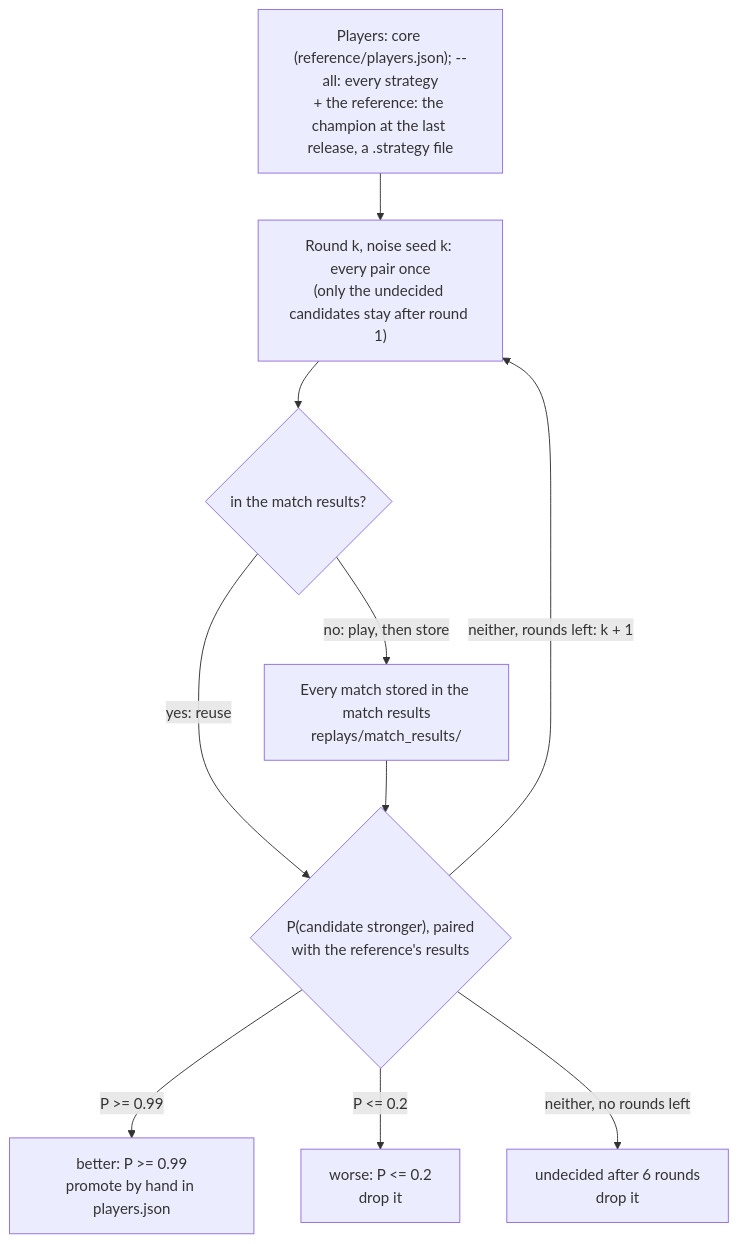
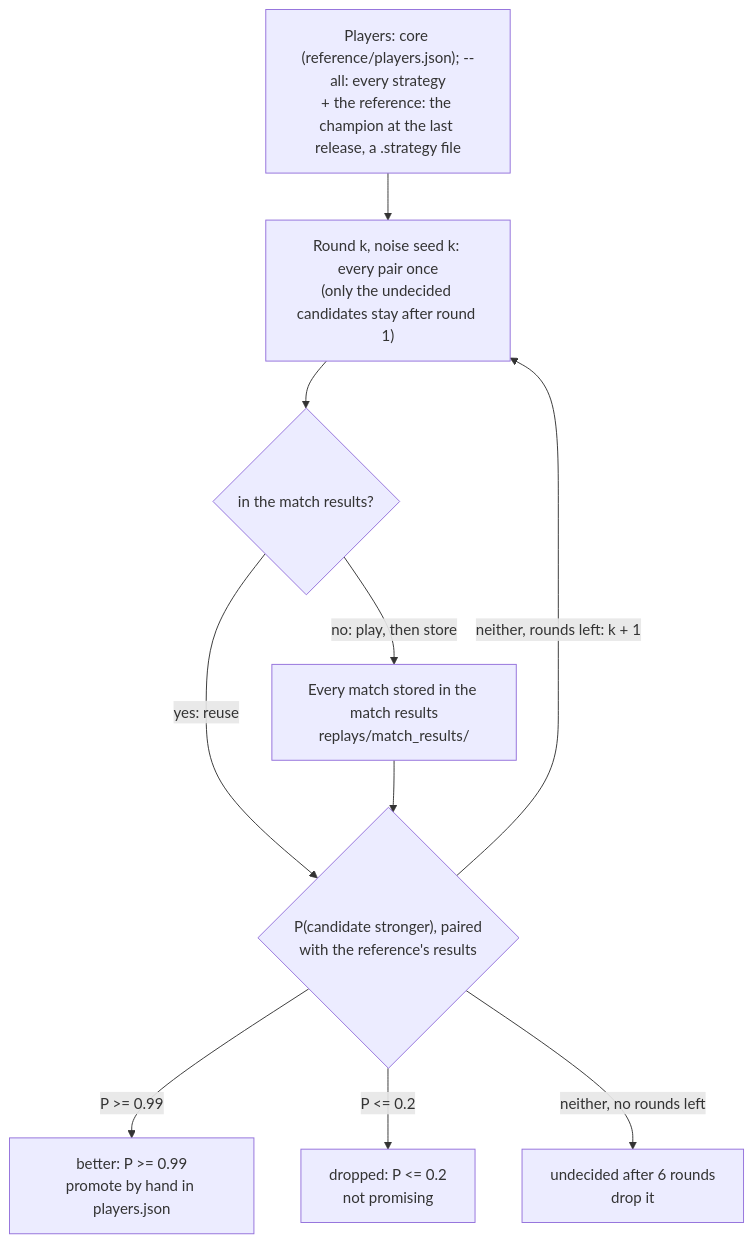
Before and after one commit to First-Order-RoboCup-SSL/Utama-Core: the fourth of 5 diagrams in docs/STRATEGY_DEVELOPMENT.md, drawn with Mermaid. The commit also changed other lines of this file and 9 other files, not shown here.

````diff
--- a/docs/STRATEGY_DEVELOPMENT.md
+++ b/docs/STRATEGY_DEVELOPMENT.md
@@ -267,18 +267,18 @@
 ```mermaid
 flowchart TD
     p["Players: core (reference/players.json); --all: every strategy<br/>+ the reference: the champion at the last release, a .strategy file"]
     r1["Round k, noise seed k: every pair once<br/>(only the undecided candidates stay after round 1)"]
     st0{"in the match results?"}
     st["Every match stored in the match results<br/>replays/match_results/"]
     d{"P(candidate stronger), paired<br/>with the reference's results"}
     b["better: P >= 0.99<br/>promote by hand in players.json"]
-    w["worse: P <= 0.2<br/>drop it"]
+    w["dropped: P <= 0.2<br/>not promising"]
     u["undecided after 6 rounds<br/>drop it"]
     p --> r1 --> st0
     st0 -- "yes: reuse" --> d
     st0 -- "no: play, then store" --> st --> d
     d -- "P >= 0.99" --> b
     d -- "P <= 0.2" --> w
     d -- "neither, rounds left: k + 1" --> r1
     d -- "neither, no rounds left" --> u
 ```
````
